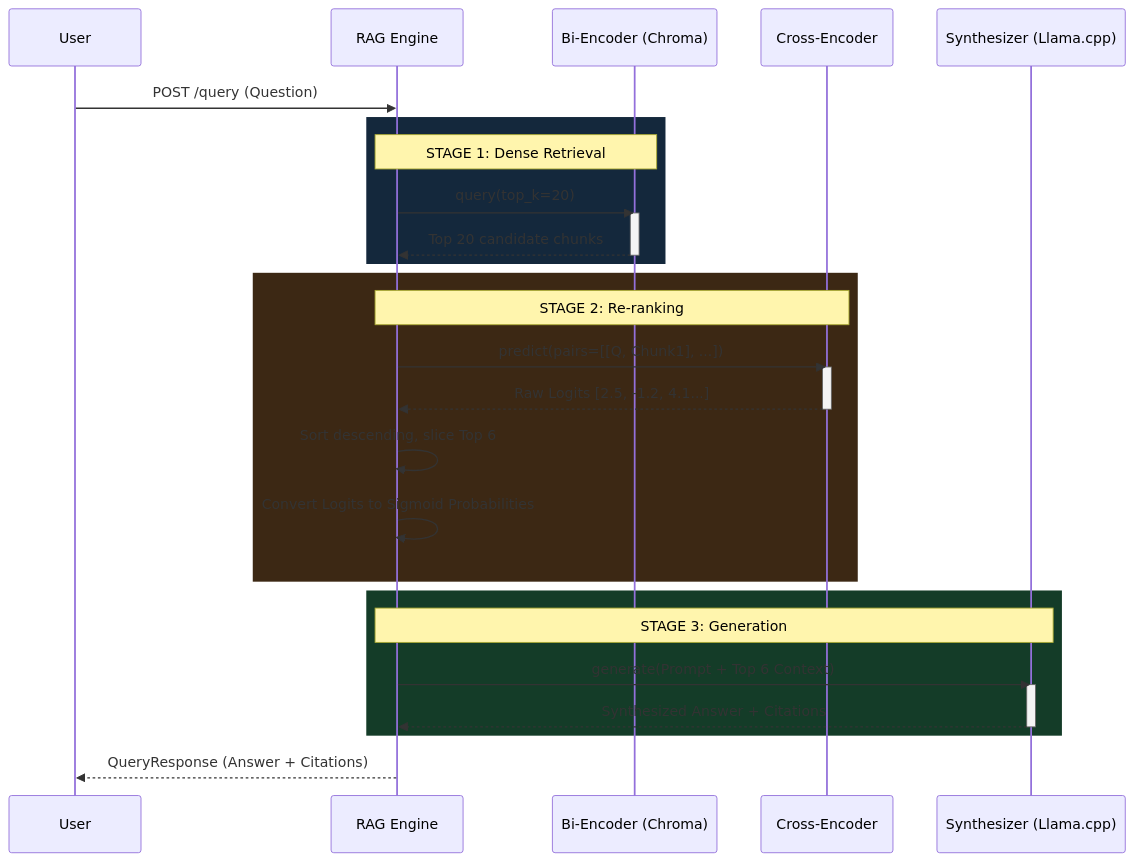
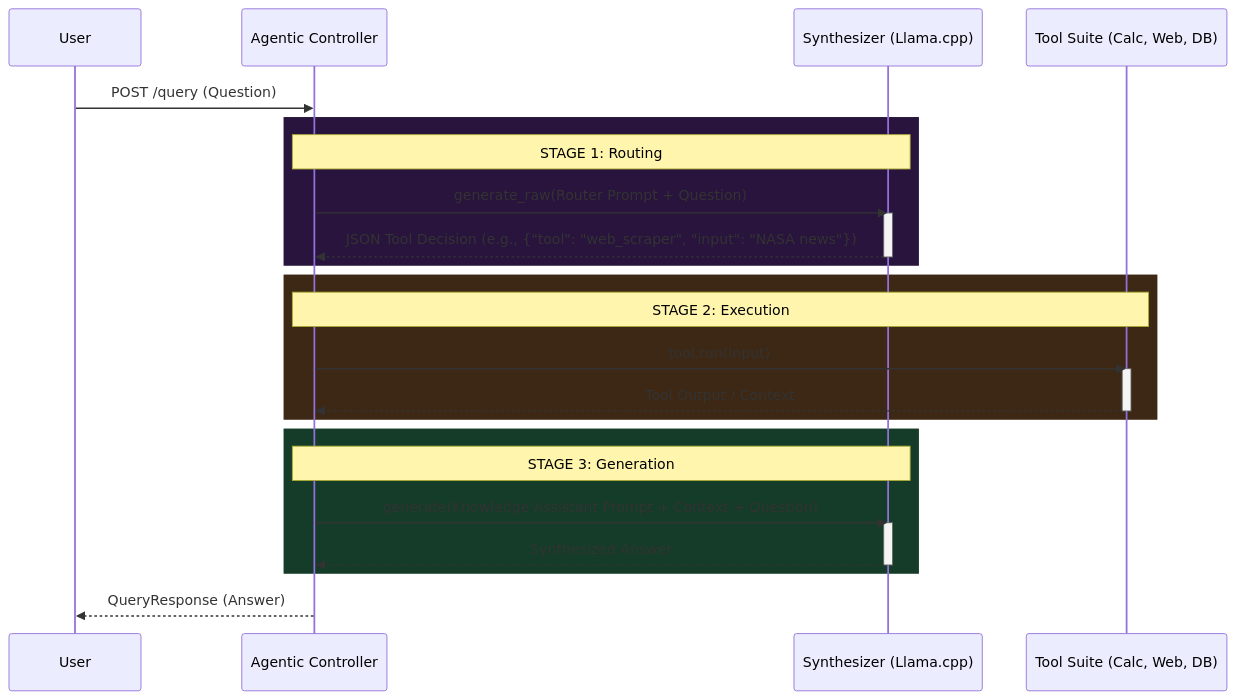
The second of 2 diagrams in README.md (benny-daniel6/LexAI-Legal-RAG), drawn with Mermaid before and after one commit. The commit also changed other lines of this file, not shown here.

Commit message:
docs: Update README to highlight Agentic RAG features

````diff
--- a/README.md
+++ b/README.md
@@ -47,38 +63,35 @@
 ```mermaid
 sequenceDiagram
     participant User
-    participant RAGEngine as RAG Engine
-    participant VectorDB as Bi-Encoder (Chroma)
-    participant CrossEncoder as Cross-Encoder
+    participant Agent as Agentic Controller
     participant LLM as Synthesizer (Llama.cpp)
+    participant Tools as Tool Suite (Calc, Web, DB)
 
-    User->>RAGEngine: POST /query (Question)
+    User->>Agent: POST /query (Question)
     
-    rect rgb(20, 40, 60)
-    Note over RAGEngine,VectorDB: STAGE 1: Dense Retrieval
-    RAGEngine->>VectorDB: query(top_k=20)
-    activate VectorDB
-    VectorDB-->>RAGEngine: Top 20 candidate chunks
-    deactivate VectorDB
+    rect rgb(40, 20, 60)
+    Note over Agent,LLM: STAGE 1: Routing
+    Agent->>LLM: generate_raw(Router Prompt + Question)
+    activate LLM
+    LLM-->>Agent: JSON Tool Decision (e.g., {"tool": "web_scraper", "input": "NASA news"})
+    deactivate LLM
     end
 
     rect rgb(60, 40, 20)
-    Note over RAGEngine,CrossEncoder: STAGE 2: Re-ranking
-    RAGEngine->>CrossEncoder: predict(pairs=[[Q, Chunk1], ...])
-    activate CrossEncoder
-    CrossEncoder-->>RAGEngine: Raw Logits [2.5, -1.2, 4.1...]
-    deactivate CrossEncoder
-    RAGEngine->>RAGEngine: Sort descending, slice Top 6
-    RAGEngine->>RAGEngine: Convert Logits to Sigmoid Probabilities
+    Note over Agent,Tools: STAGE 2: Execution
+    Agent->>Tools: tool.run(input)
+    activate Tools
+    Tools-->>Agent: Tool Output / Context
+    deactivate Tools
     end
 
     rect rgb(20, 60, 40)
-    Note over RAGEngine,LLM: STAGE 3: Generation
-    RAGEngine->>LLM: generate(Prompt + Top 6 Context)
+    Note over Agent,LLM: STAGE 3: Generation
+    Agent->>LLM: generate(Knowledge Assistant Prompt + Context + Question)
     activate LLM
-    LLM-->>RAGEngine: Synthesized Answer + Citations
+    LLM-->>Agent: Synthesized Answer
     deactivate LLM
     end
 
-    RAGEngine-->>User: QueryResponse (Answer + Citations)
+    Agent-->>User: QueryResponse (Answer)
 ```
````
